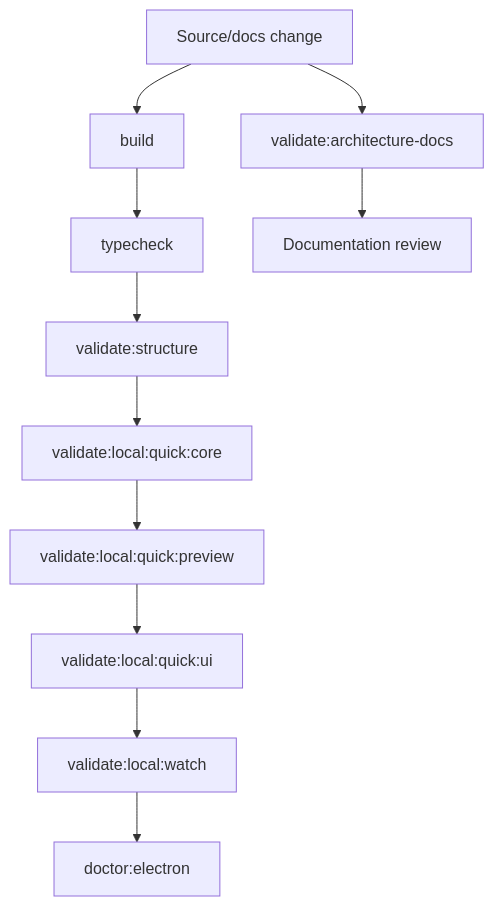
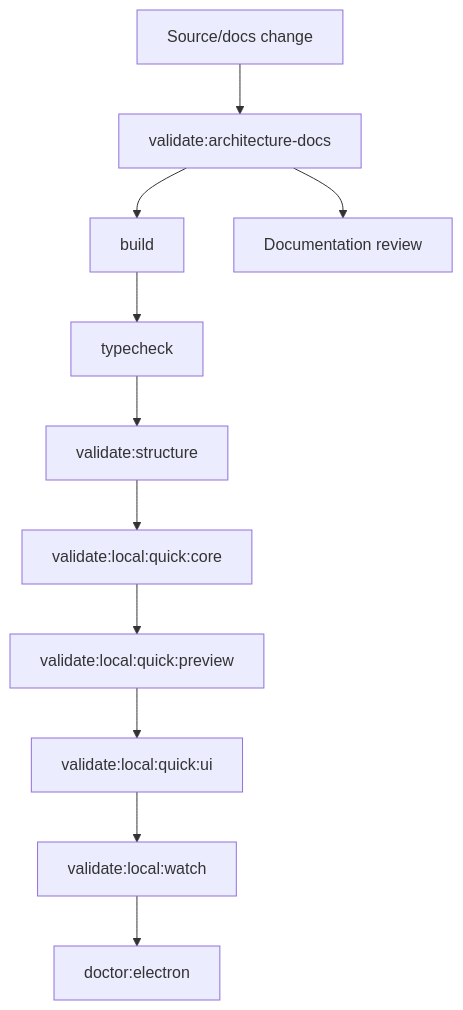
The diagram in docs/architecture/diagrams/validation-gates.md (krestosa/Crystal), drawn with Mermaid before and after one commit. The commit also changed other lines of this file and 24 other files, not shown here.

Commit message:
Refine documentation validation and flow prose

````diff
--- a/docs/architecture/diagrams/validation-gates.md
+++ b/docs/architecture/diagrams/validation-gates.md
@@ -11,13 +13,13 @@
 ```mermaid
 flowchart TD
-  Source[Source/docs change] --> Build[build]
+  Source[Source/docs change] --> Docs[validate:architecture-docs]
+  Docs --> Build[build]
   Build --> Typecheck[typecheck]
   Typecheck --> Structure[validate:structure]
   Structure --> Core[validate:local:quick:core]
   Core --> Preview[validate:local:quick:preview]
   Preview --> UI[validate:local:quick:ui]
   UI --> Watch[validate:local:watch]
   Watch --> Doctor[doctor:electron]
-  Source --> Docs[validate:architecture-docs]
   Docs --> Review[Documentation review]
 ```
````
